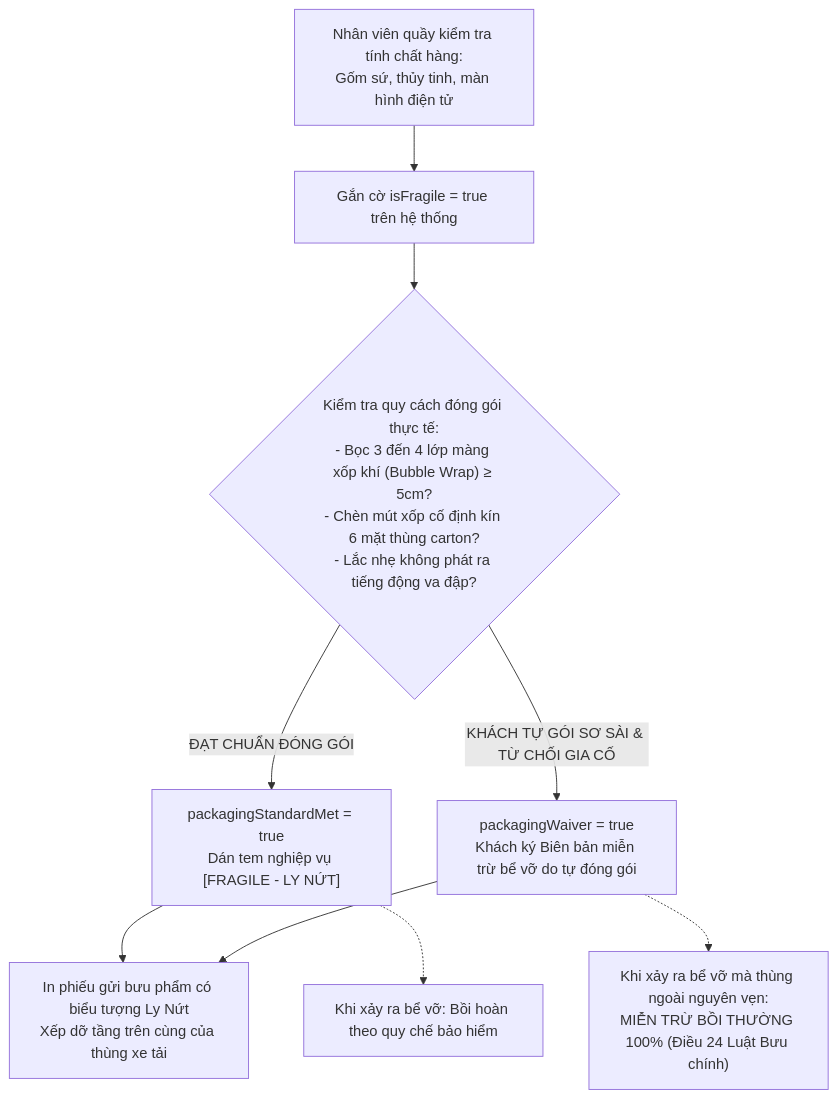
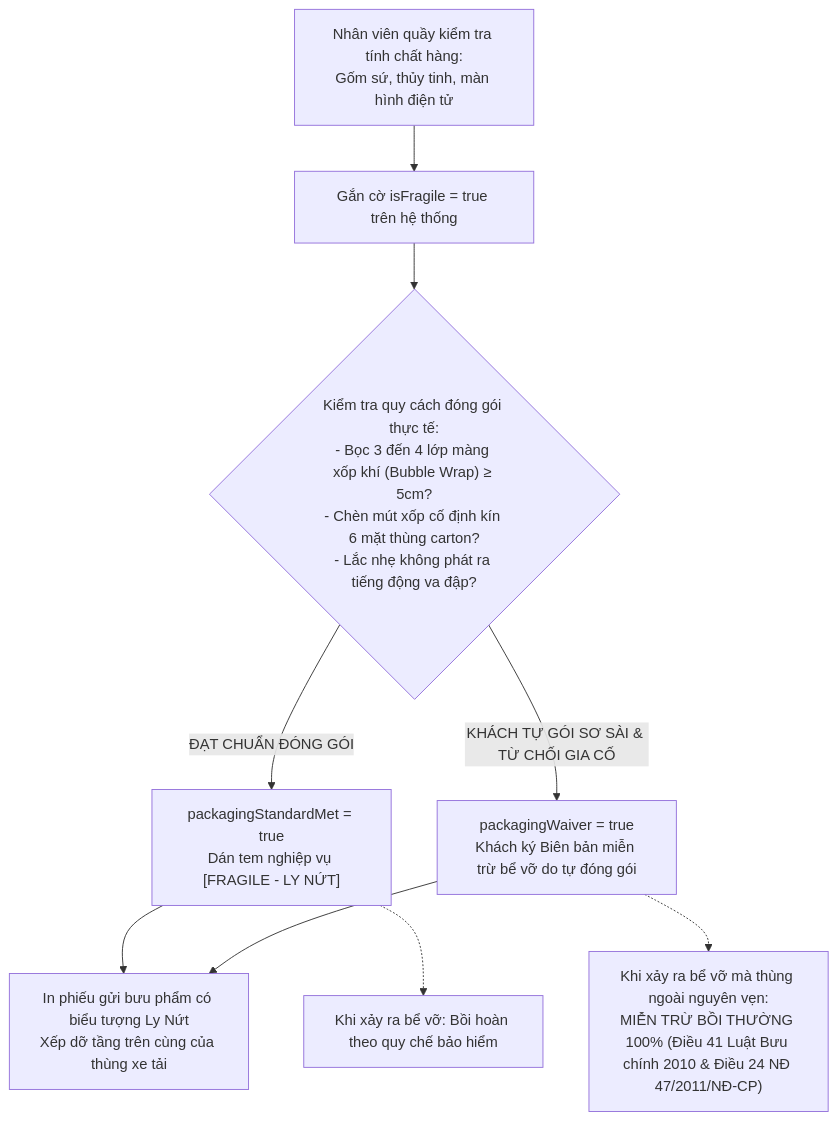
The ninth of 23 diagrams in README.md (VoVanTuTai/logistics-management-system), drawn with Mermaid before and after one commit. The commit also changed other lines of this file and 9 other files, not shown here.

````diff
--- a/README.md
+++ b/README.md
@@ -511,14 +511,14 @@
 ```mermaid
 flowchart TD
     INSPECT["Nhân viên quầy kiểm tra tính chất hàng:<br/>Gốm sứ, thủy tinh, màn hình điện tử"] --> FLAG["Gắn cờ isFragile = true trên hệ thống"]
     FLAG --> CHECK_PACK{"Kiểm tra quy cách đóng gói thực tế:<br/>- Bọc 3 đến 4 lớp màng xốp khí (Bubble Wrap) &ge; 5cm?<br/>- Chèn mút xốp cố định kín 6 mặt thùng carton?<br/>- Lắc nhẹ không phát ra tiếng động va đập?"}
 
     CHECK_PACK -- "ĐẠT CHUẨN ĐÓNG GÓI" --> MET_TRUE["packagingStandardMet = true<br/>Dán tem nghiệp vụ [FRAGILE - LY NỨT]"]
     CHECK_PACK -- "KHÁCH TỰ GÓI SƠ SÀI & TỪ CHỐI GIA CỐ" --> WAIVER_TRUE["packagingWaiver = true<br/>Khách ký Biên bản miễn trừ bể vỡ do tự đóng gói"]
 
     MET_TRUE --> PRINT_LABEL["In phiếu gửi bưu phẩm có biểu tượng Ly Nứt<br/>Xếp dỡ tầng trên cùng của thùng xe tải"]
     WAIVER_TRUE --> PRINT_LABEL
     
     MET_TRUE -.-> RULE_1["Khi xảy ra bể vỡ: Bồi hoàn theo quy chế bảo hiểm"]
-    WAIVER_TRUE -.-> RULE_2["Khi xảy ra bể vỡ mà thùng ngoài nguyên vẹn:<br/>MIỄN TRỪ BỒI THƯỜNG 100% (Điều 24 Luật Bưu chính)"]
+    WAIVER_TRUE -.-> RULE_2["Khi xảy ra bể vỡ mà thùng ngoài nguyên vẹn:<br/>MIỄN TRỪ BỒI THƯỜNG 100% (Điều 41 Luật Bưu chính 2010 &amp; Điều 24 NĐ 47/2011/NĐ-CP)"]
 ```
````
